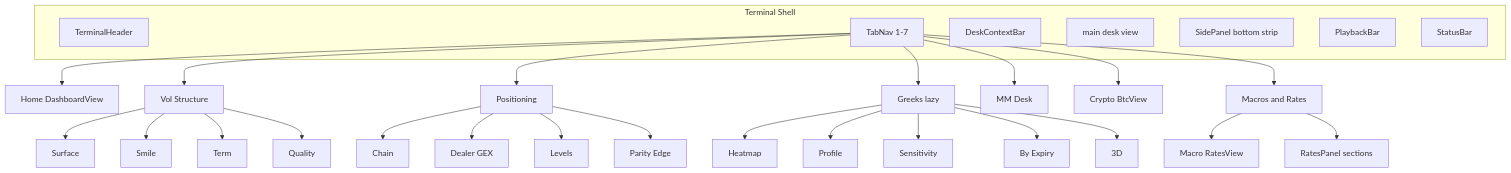
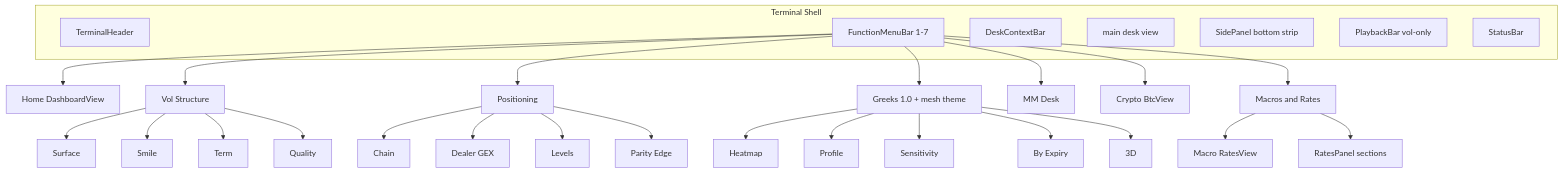
Before and after one commit to xxxova2/volaterm: the first of 7 diagrams in DESIGN.md, drawn with Mermaid. The commit also changed other lines of this file and 48 other files, not shown here.

First line of the commit message:
feat: Bloomberg shell polish, Home DES/HIVG, Greeks mesh path, research docs

````diff
--- a/DESIGN.md
+++ b/DESIGN.md
@@ -88,36 +88,36 @@
 ```mermaid
 flowchart TB
   subgraph shell [Terminal Shell]
     H[TerminalHeader]
-    T[TabNav 1-7]
+    T[FunctionMenuBar 1-7]
     C[DeskContextBar]
     M[main desk view]
     S[SidePanel bottom strip]
-    P[PlaybackBar]
+    P[PlaybackBar vol-only]
     SB[StatusBar]
   end
 
   T --> Home[Home DashboardView]
   T --> Vol[Vol Structure]
   T --> Pos[Positioning]
-  T --> Grk[Greeks lazy]
+  T --> Grk[Greeks 1.0 + mesh theme]
   T --> MM[MM Desk]
   T --> Cry[Crypto BtcView]
   T --> Rates[Macros and Rates]
 
   Vol --> V1[Surface]
   Vol --> V2[Smile]
   Vol --> V3[Term]
   Vol --> V4[Quality]
   Pos --> P1[Chain]
   Pos --> P2[Dealer GEX]
   Pos --> P3[Levels]
   Pos --> P4[Parity Edge]
   Grk --> G1[Heatmap]
   Grk --> G2[Profile]
   Grk --> G3[Sensitivity]
   Grk --> G4[By Expiry]
   Grk --> G5[3D]
   Rates --> R0[Macro RatesView]
   Rates --> R1[RatesPanel sections]
 ```
````
